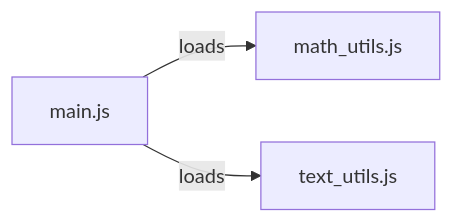
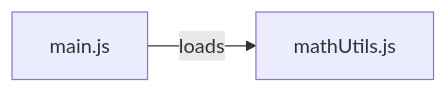
The diagram in docs/en/nodejs/modules/1_level/1_level_modules.md (Rokiis1/Teaching-Materia), drawn with Mermaid before and after one commit. The commit also changed other lines of this file and 13 other files, not shown here.

````diff
--- a/docs/en/nodejs/modules/1_level/1_level_modules.md
+++ b/docs/en/nodejs/modules/1_level/1_level_modules.md
@@ -16,9 +16,7 @@
 ```mermaid
 flowchart LR
     MAIN["main.js"]
-    MATH["math_utils.js"]
-    TEXT["text_utils.js"]
+    MATH["mathUtils.js"]
 
     MAIN -->|"loads"| MATH
-    MAIN -->|"loads"| TEXT
 ```
````
